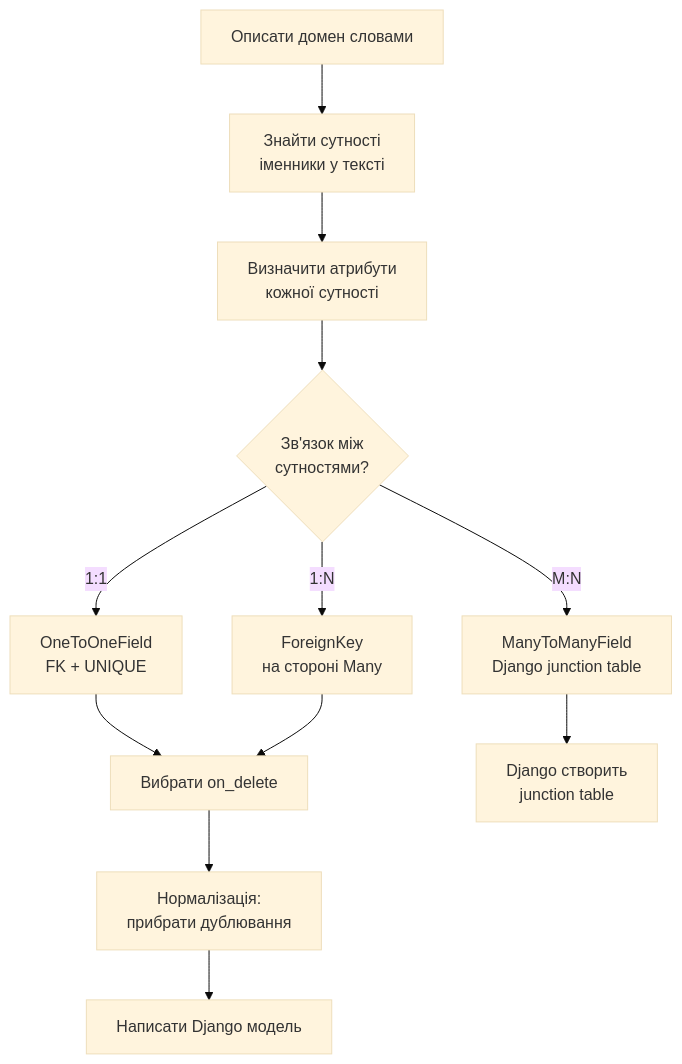
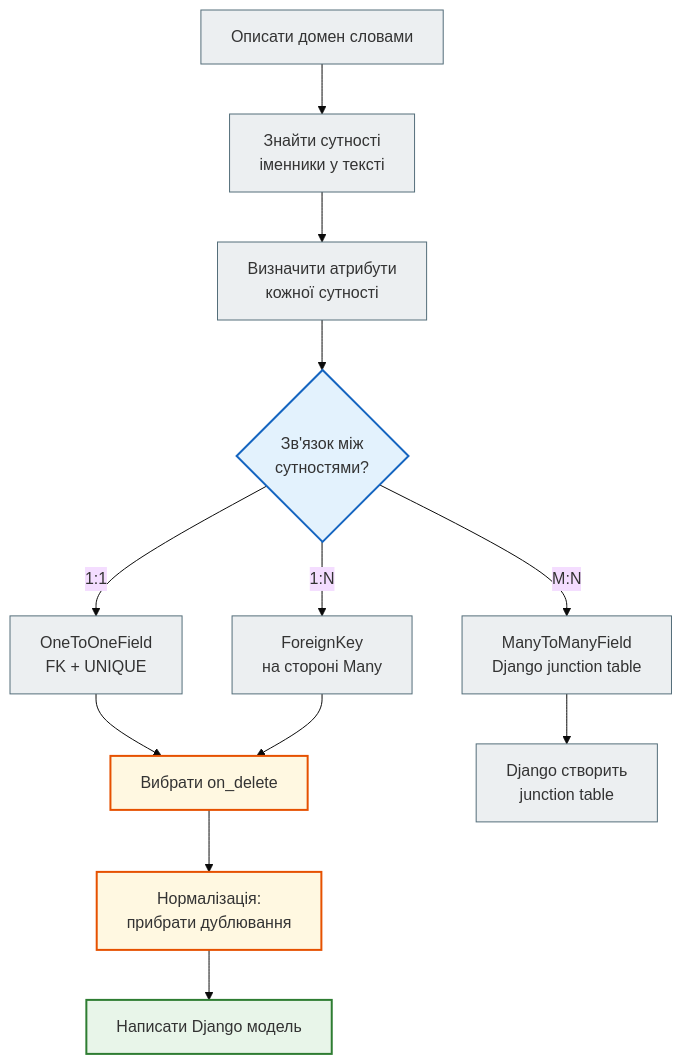
One commit to NikoriakViktot/notes_chat_app changed the fourth of 5 diagrams in docs/tutorials/README_3.md. Above: the diagram before and after it, drawn with Mermaid (base theme). The commit also changed other lines of this file and 441 other files, not shown here.

First line of the commit message:
Add English version of the book, Mermaid standard, docs fixes

````diff
--- a/docs/tutorials/README_3.md
+++ b/docs/tutorials/README_3.md
@@ -690,14 +689,24 @@
 ```mermaid
 flowchart TD
-    A[Описати домен словами] --> B[Знайти сутності\nіменники у тексті]
-    B --> C[Визначити атрибути\nкожної сутності]
-    C --> D{Зв'язок між\nсутностями?}
-    D -->|"1:1"| E[OneToOneField\nFK + UNIQUE]
-    D -->|"1:N"| F[ForeignKey\nна стороні Many]
-    D -->|"M:N"| G[ManyToManyField\nDjango junction table]
+    A[Описати домен словами] --> B["Знайти сутності<br>іменники у тексті"]
+    B --> C["Визначити атрибути<br>кожної сутності"]
+    C --> D{"Зв'язок між<br>сутностями?"}
+    D -->|"1:1"| E["OneToOneField<br>FK + UNIQUE"]
+    D -->|"1:N"| F["ForeignKey<br>на стороні Many"]
+    D -->|"M:N"| G["ManyToManyField<br>Django junction table"]
     E --> H[Вибрати on_delete]
     F --> H
-    G --> I[Django створить\njunction table]
-    H --> J[Нормалізація:\nприбрати дублювання]
+    G --> I["Django створить<br>junction table"]
+    H --> J["Нормалізація:<br>прибрати дублювання"]
     J --> K[Написати Django модель]
+
+    classDef step     fill:#eceff1,stroke:#546e7a,stroke-width:1px;
+    classDef decision fill:#e3f2fd,stroke:#1565c0,stroke-width:2px;
+    classDef success  fill:#e8f5e9,stroke:#2e7d32,stroke-width:2px;
+    classDef warning  fill:#fff8e1,stroke:#e65100,stroke-width:2px;
+
+    class A,B,C,E,F,G,I step;
+    class D decision;
+    class H,J warning;
+    class K success;
 ```
````
